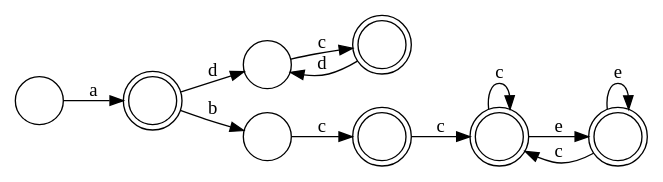
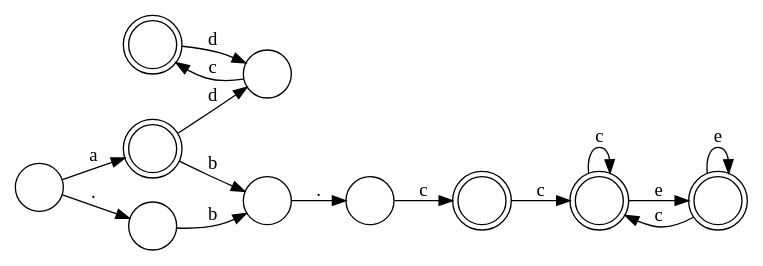
Before and after one commit to leegao/LuaInLua: the diagram in test.dot, drawn with Graphviz. The commit also changed 2 other files, not shown here.

```diff
--- a/test.dot
+++ b/test.dot
@@ -1,17 +1,20 @@
 digraph {
   rankdir=LR;
   size="8,5"
-  node[shape=doublecircle,label=""]; 4 8 5 2 6;
+  node[shape=doublecircle,label=""]; 4 8 7 2 9;
   node[shape=circle,label=""];
-  4 -> 5[label="c"];
-  8 -> 7[label="d"];
+  4 -> 3[label="d"];
+  8 -> 9[label="e"];
+  8 -> 8[label="c"];
   1 -> 2[label="a"];
-  5 -> 6[label="e"];
-  5 -> 5[label="c"];
-  2 -> 3[label="b"];
-  2 -> 7[label="d"];
-  6 -> 6[label="e"];
-  6 -> 5[label="c"];
+  1 -> 10[label="."];
+  5 -> 6[label="."];
+  9 -> 9[label="e"];
+  9 -> 8[label="c"];
+  6 -> 7[label="c"];
+  3 -> 4[label="c"];
   7 -> 8[label="c"];
-  3 -> 4[label="c"];
+  2 -> 3[label="d"];
+  2 -> 5[label="b"];
+  10 -> 5[label="b"];
 }
```
